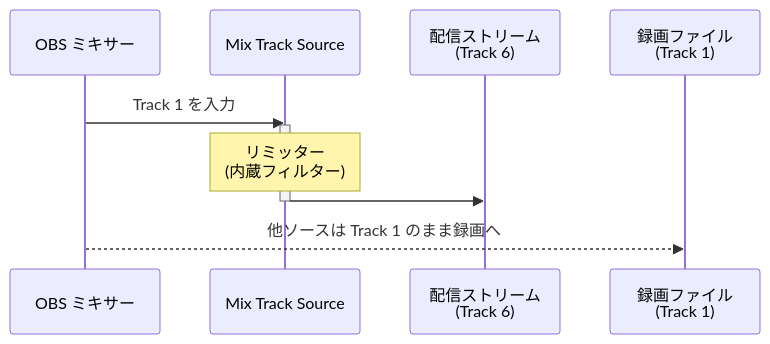
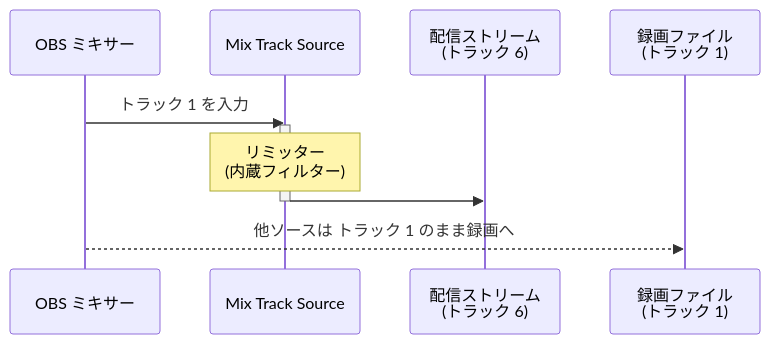
Before and after one commit to semnil/MixTrack2Source: the diagram in docs/uc1-master-limiter.ja.md, drawn with Mermaid. The commit also changed other lines of this file and 9 other files, not shown here.

````diff
--- a/docs/uc1-master-limiter.ja.md
+++ b/docs/uc1-master-limiter.ja.md
@@ -9,15 +9,15 @@
 ```mermaid
 sequenceDiagram
     participant M  as OBS ミキサー
     participant MT as Mix Track Source
-    participant ST as 配信ストリーム<br/>(Track 6)
-    participant RC as 録画ファイル<br/>(Track 1)
+    participant ST as 配信ストリーム<br>(トラック 6)
+    participant RC as 録画ファイル<br>(トラック 1)
 
-    M  ->> MT : Track 1 を入力
+    M  ->> MT : トラック 1 を入力
     activate MT
-    Note over MT : リミッター<br/>(内蔵フィルター)
+    Note over MT : リミッター<br>(内蔵フィルター)
     MT ->> ST : 
     deactivate MT
 
-    M  -->> RC : 他ソースは Track 1 のまま録画へ
+    M  -->> RC : 他ソースは トラック 1 のまま録画へ
 ```
````
